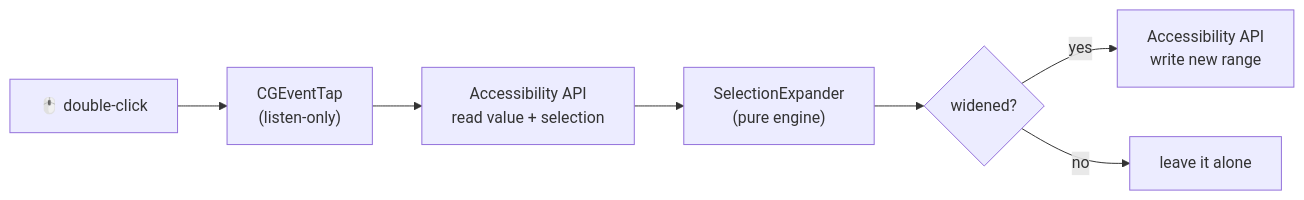
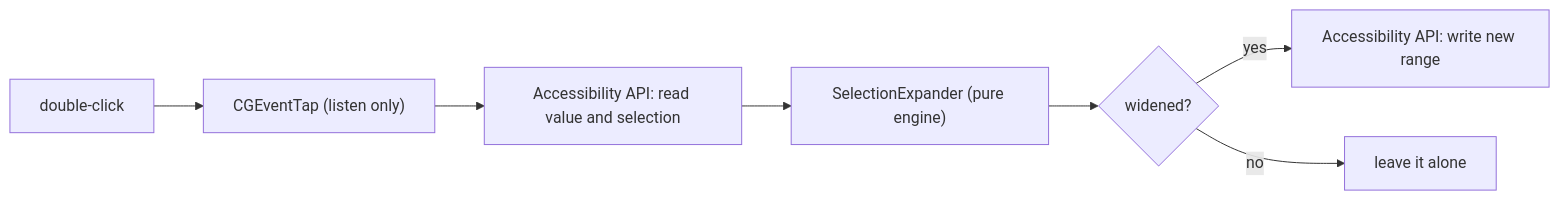
The diagram in README.md (smartselecthq/SmartSelect), drawn with Mermaid before and after one commit. The commit also changed other lines of this file and 8 other files, not shown here.

````diff
--- a/README.md
+++ b/README.md
@@ -84,9 +85,9 @@
 ```mermaid
 flowchart LR
-    A["🖱️ double-click"] --> B["CGEventTap<br/>(listen-only)"]
-    B --> C["Accessibility API<br/>read value + selection"]
-    C --> D["SelectionExpander<br/>(pure engine)"]
+    A["double-click"] --> B["CGEventTap (listen only)"]
+    B --> C["Accessibility API: read value and selection"]
+    C --> D["SelectionExpander (pure engine)"]
     D --> E{"widened?"}
-    E -- yes --> F["Accessibility API<br/>write new range"]
+    E -- yes --> F["Accessibility API: write new range"]
     E -- no --> G["leave it alone"]
 ```
````
